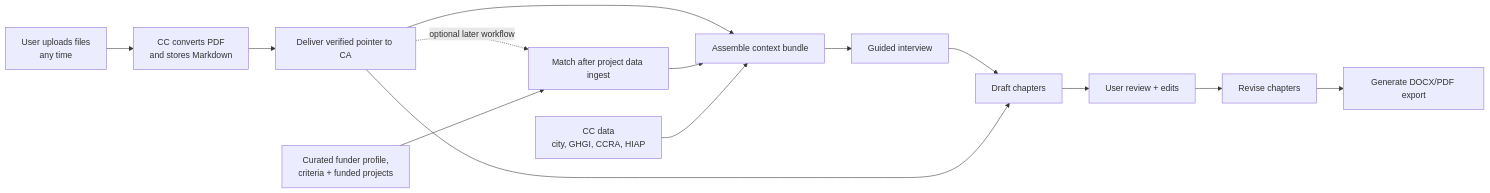
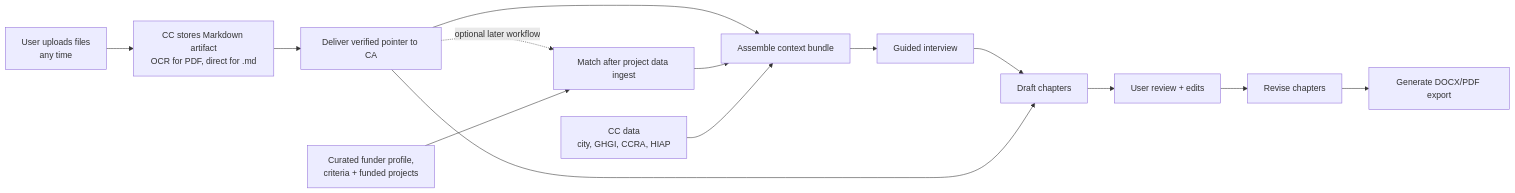
The second of 14 diagrams in docs/ConceptNoteBuilderArchitecture.md (Open-Earth-Foundation/CityCatalyst), drawn with Mermaid before and after one commit. The commit also changed other lines of this file and 51 other files, not shown here.

````diff
--- a/docs/ConceptNoteBuilderArchitecture.md
+++ b/docs/ConceptNoteBuilderArchitecture.md
@@ -191,20 +198,20 @@
 ```mermaid
 flowchart LR
     Context["Assemble context bundle"]
     Context --> Interview["Guided interview"]
     Interview --> Draft["Draft chapters"]
     Draft --> Review["User review + edits"]
     Review --> Revise["Revise chapters"]
     Revise --> Export["Generate DOCX/PDF export"]
 
-    Upload["User uploads files<br/>any time"] --> Convert["CC converts PDF<br/>and stores Markdown"]
+    Upload["User uploads files<br/>any time"] --> Convert["CC stores Markdown artifact<br/>OCR for PDF, direct for .md"]
     Convert --> Ingest["Deliver verified pointer to CA"]
     Ingest --> Context
     Ingest --> Draft
 
     Ingest -. optional later workflow .-> Match["Match after project data ingest"]
     Research["Curated funder profile,<br/>criteria + funded projects"] --> Match
     Match --> Context
 
     CCData["CC data<br/>city, GHGI, CCRA, HIAP"] --> Context
 ```
````
